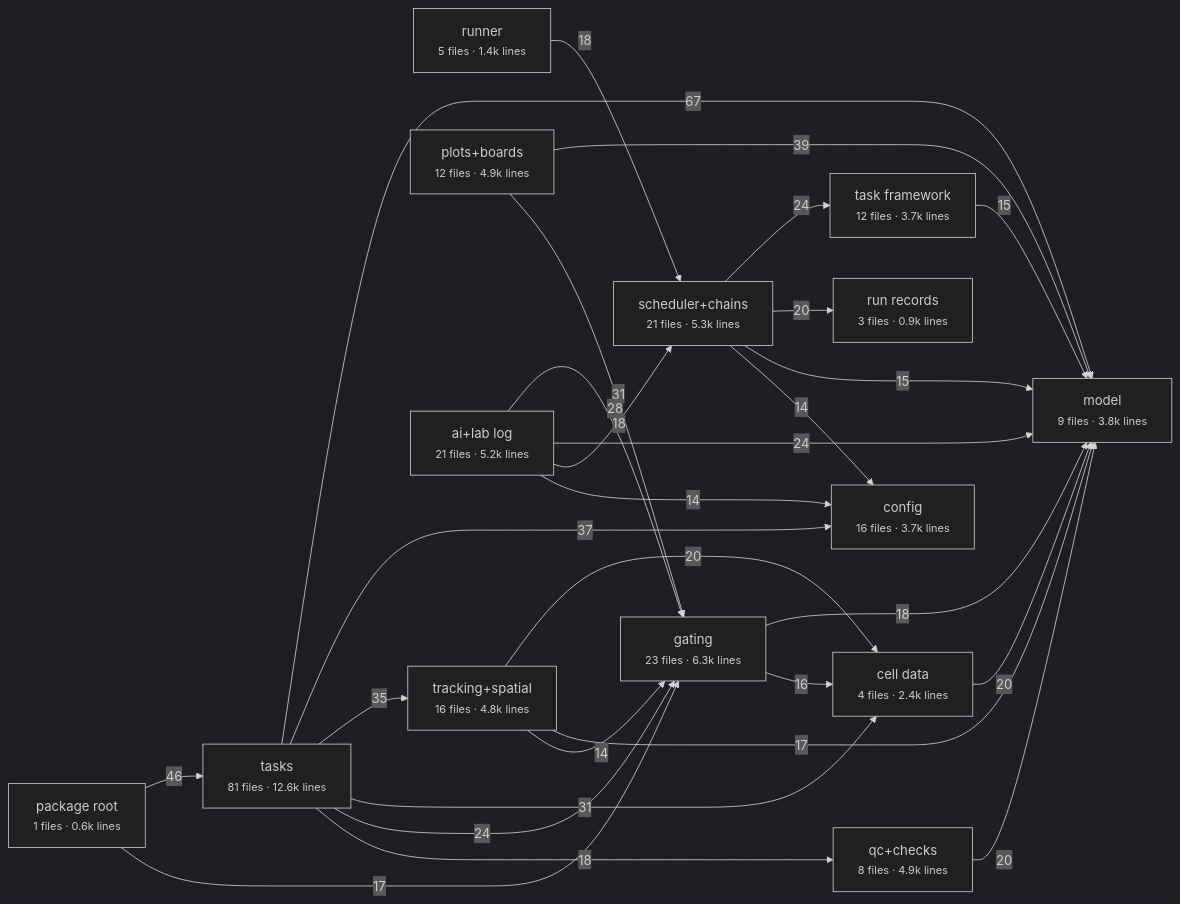
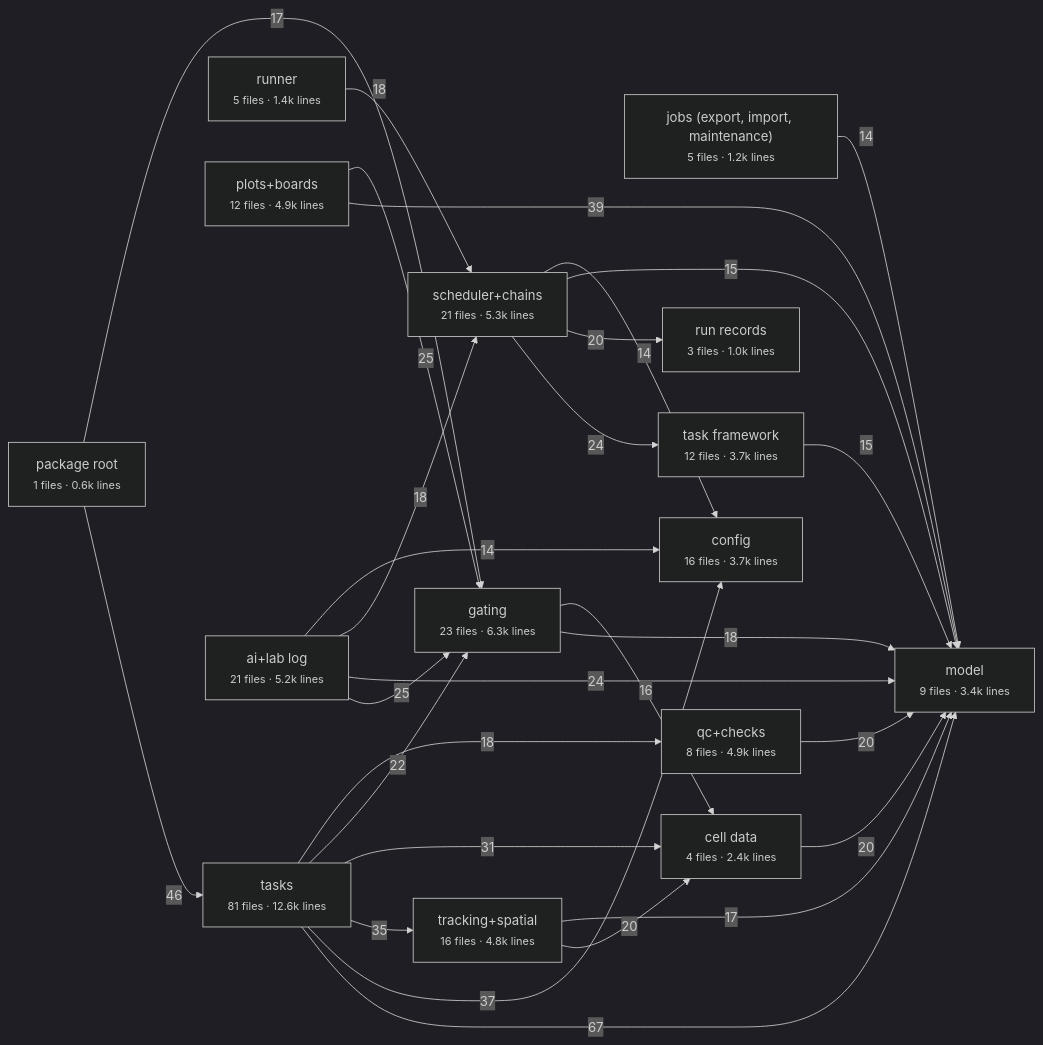
One commit to schienstockd/cecelia changed the first of 2 diagrams in docs/architecture/julia/areas.md. Above: the diagram before and after it, drawn with Mermaid (dark theme). The commit also changed other lines of this file and 16 other files, not shown here.

````diff
--- a/docs/architecture/julia/areas.md
+++ b/docs/architecture/julia/areas.md
@@ -17,44 +17,45 @@
 ```mermaid
 flowchart LR
-  model["model<br/><small>9 files · 3.8k lines</small>"]
+  model["model<br/><small>9 files · 3.4k lines</small>"]
+  jobs__export__import__maintenance_["jobs (export, import, maintenance)<br/><small>5 files · 1.2k lines</small>"]
   config["config<br/><small>16 files · 3.7k lines</small>"]
-  run_records["run records<br/><small>3 files · 0.9k lines</small>"]
+  run_records["run records<br/><small>3 files · 1.0k lines</small>"]
   scheduler_chains["scheduler+chains<br/><small>21 files · 5.3k lines</small>"]
   task_framework["task framework<br/><small>12 files · 3.7k lines</small>"]
   tasks["tasks<br/><small>81 files · 12.6k lines</small>"]
   runner["runner<br/><small>5 files · 1.4k lines</small>"]
   cell_data["cell data<br/><small>4 files · 2.4k lines</small>"]
   gating["gating<br/><small>23 files · 6.3k lines</small>"]
   tracking_spatial["tracking+spatial<br/><small>16 files · 4.8k lines</small>"]
   qc_checks["qc+checks<br/><small>8 files · 4.9k lines</small>"]
   plots_boards["plots+boards<br/><small>12 files · 4.9k lines</small>"]
   ai_lab_log["ai+lab log<br/><small>21 files · 5.2k lines</small>"]
   package_root["package root<br/><small>1 files · 0.6k lines</small>"]
   tasks -->|67| model
   package_root -->|46| tasks
   plots_boards -->|39| model
   tasks -->|37| config
   tasks -->|35| tracking_spatial
-  plots_boards -->|31| gating
   tasks -->|31| cell_data
-  ai_lab_log -->|28| gating
+  ai_lab_log -->|25| gating
+  plots_boards -->|25| gating
   ai_lab_log -->|24| model
   scheduler_chains -->|24| task_framework
-  tasks -->|24| gating
+  tasks -->|22| gating
   cell_data -->|20| model
   qc_checks -->|20| model
   scheduler_chains -->|20| run_records
   tracking_spatial -->|20| cell_data
   ai_lab_log -->|18| scheduler_chains
   gating -->|18| model
   runner -->|18| scheduler_chains
   tasks -->|18| qc_checks
   package_root -->|17| gating
   tracking_spatial -->|17| model
   gating -->|16| cell_data
   scheduler_chains -->|15| model
   task_framework -->|15| model
   ai_lab_log -->|14| config
+  jobs__export__import__maintenance_ -->|14| model
   scheduler_chains -->|14| config
-  tracking_spatial -->|14| gating
 ```
````
